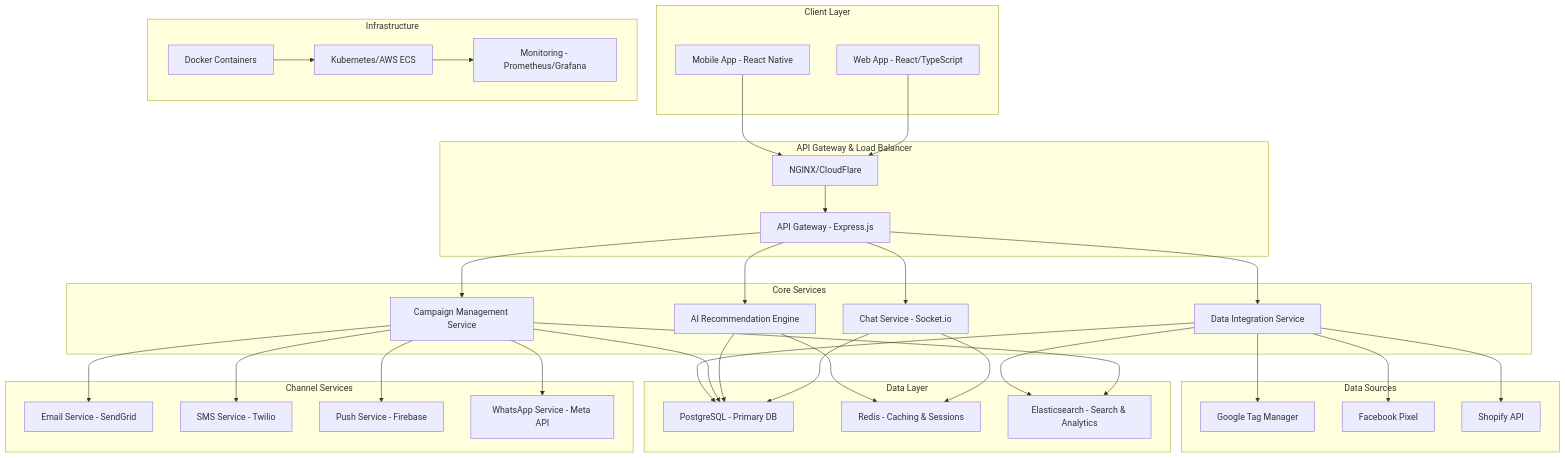
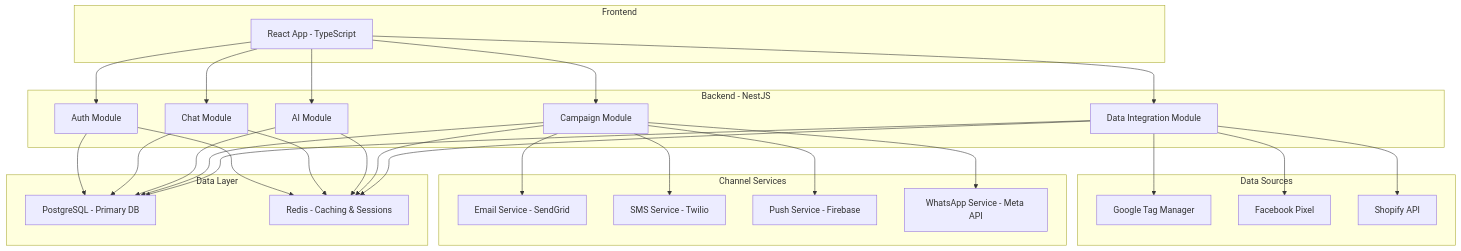
One commit to sakibrahmanchy/markopolo-ai-fullstack-challenge changed the first of 9 diagrams in docs/system-design.md. Above: the diagram before and after it, drawn with Mermaid. The commit also changed other lines of this file and 3 other files, not shown here.

````diff
--- a/docs/system-design.md
+++ b/docs/system-design.md
@@ -9,69 +9,55 @@
 ```mermaid
 graph TB
-    subgraph "Client Layer"
-        A[Web App - React/TypeScript]
-        B[Mobile App - React Native]
+    subgraph "Frontend"
+        A[React App - TypeScript]
     end
     
-    subgraph "API Gateway & Load Balancer"
-        C[NGINX/CloudFlare]
-        D[API Gateway - Express.js]
-    end
-    
-    subgraph "Core Services"
-        E[Chat Service - Socket.io]
-        F[AI Recommendation Engine]
-        G[Campaign Management Service]
-        H[Data Integration Service]
+    subgraph "Backend - NestJS"
+        B[Auth Module]
+        C[Chat Module]
+        D[AI Module]
+        E[Campaign Module]
+        F[Data Integration Module]
     end
     
     subgraph "Data Sources"
-        I[Google Tag Manager]
-        J[Facebook Pixel]
-        K[Shopify API]
+        G[Google Tag Manager]
+        H[Facebook Pixel]
+        I[Shopify API]
     end
     
     subgraph "Channel Services"
-        L[Email Service - SendGrid]
-        M[SMS Service - Twilio]
-        N[Push Service - Firebase]
-        O[WhatsApp Service - Meta API]
+        J[Email Service - SendGrid]
+        K[SMS Service - Twilio]
+        L[Push Service - Firebase]
+        M[WhatsApp Service - Meta API]
     end
     
     subgraph "Data Layer"
-        P[PostgreSQL - Primary DB]
-        Q[Redis - Caching & Sessions]
-        R[Elasticsearch - Search & Analytics]
+        N[PostgreSQL - Primary DB]
+        O[Redis - Caching & Sessions]
     end
     
-    subgraph "Infrastructure"
-        S[Docker Containers]
-        T[Kubernetes/AWS ECS]
-        U[Monitoring - Prometheus/Grafana]
-    end
-    
+    A --> B
     A --> C
-    B --> C
-    C --> D
-    D --> E
-    D --> F
-    D --> G
-    D --> H
-    H --> I
-    H --> J
-    H --> K
-    G --> L
-    G --> M
-    G --> N
-    G --> O
-    E --> P
-    F --> P
-    G --> P
-    H --> P
-    E --> Q
-    F --> Q
-    G --> R
-    H --> R
-    S --> T
-    T --> U
+    A --> D
+    A --> E
+    A --> F
+    F --> G
+    F --> H
+    F --> I
+    E --> J
+    E --> K
+    E --> L
+    E --> M
+    B --> N
+    C --> N
+    D --> N
+    E --> N
+    F --> N
+    B --> O
+    C --> O
+    D --> O
+    E --> O
+    F --> O
 ```
````
